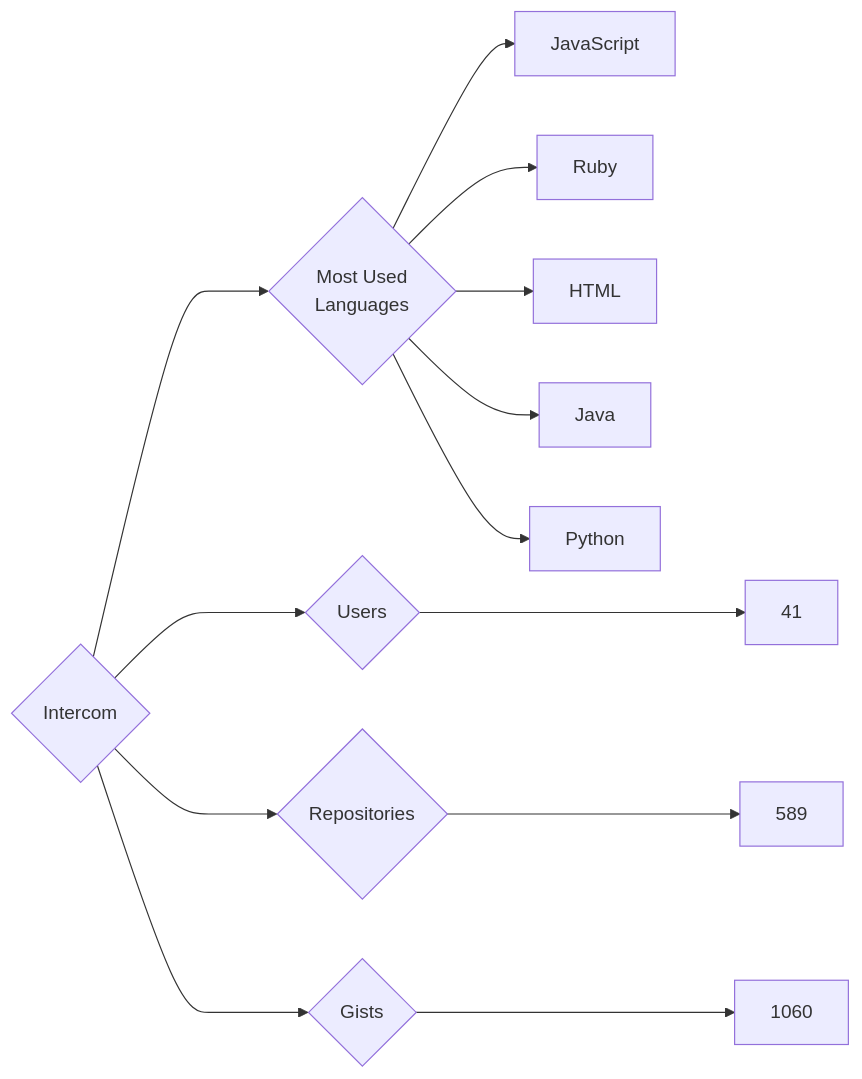
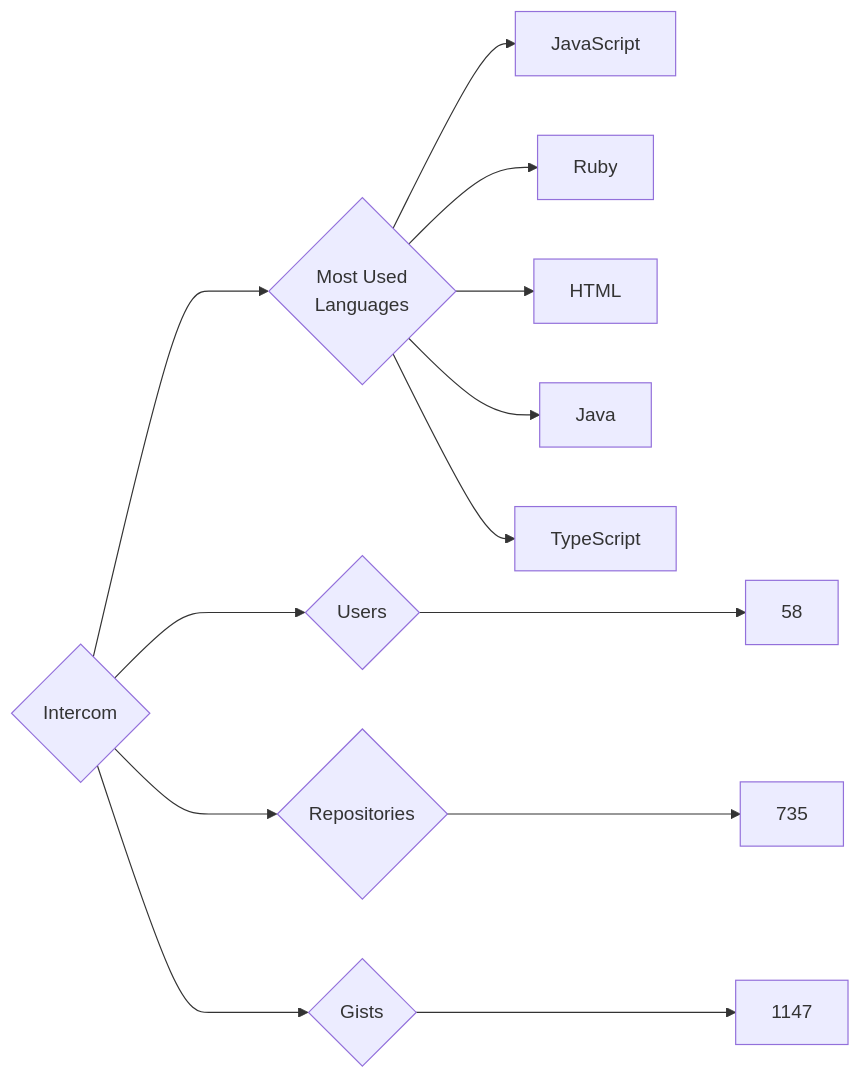
One commit to trickest/insiders changed the diagram in targets/Intercom/README.md. Above: the diagram before and after it, drawn with Mermaid. The commit also changed 953 other files, not shown here.

````diff
--- a/targets/Intercom/README.md
+++ b/targets/Intercom/README.md
@@ -3,13 +3,13 @@
 ```mermaid
 graph LR
 COMPANY_NAME{Intercom}
-COMPANY_NAME ---> U{Users} ---> UN[41]
-COMPANY_NAME ---> R{Repositories} ---> RN[589]
-COMPANY_NAME ---> G{Gists} ---> GN[1060]
+COMPANY_NAME ---> U{Users} ---> UN[58]
+COMPANY_NAME ---> R{Repositories} ---> RN[735]
+COMPANY_NAME ---> G{Gists} ---> GN[1147]
 COMPANY_NAME ---> ML{Most Used<br>Languages}
 ML --> JavaScript[JavaScript]
 ML --> Ruby[Ruby]
 ML --> HTML[HTML]
 ML --> Java[Java]
-ML --> Python[Python]
+ML --> TypeScript[TypeScript]
 ```
````
